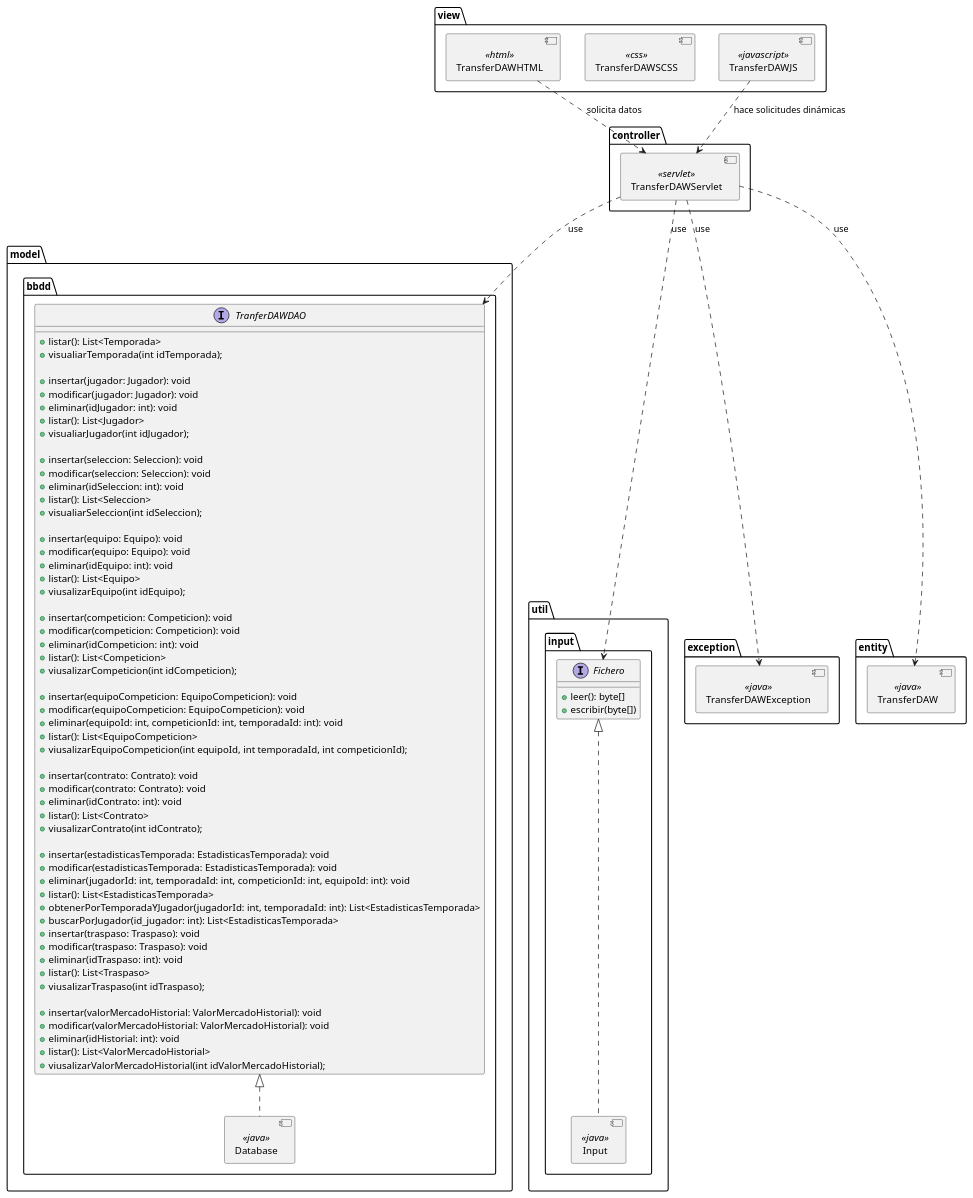
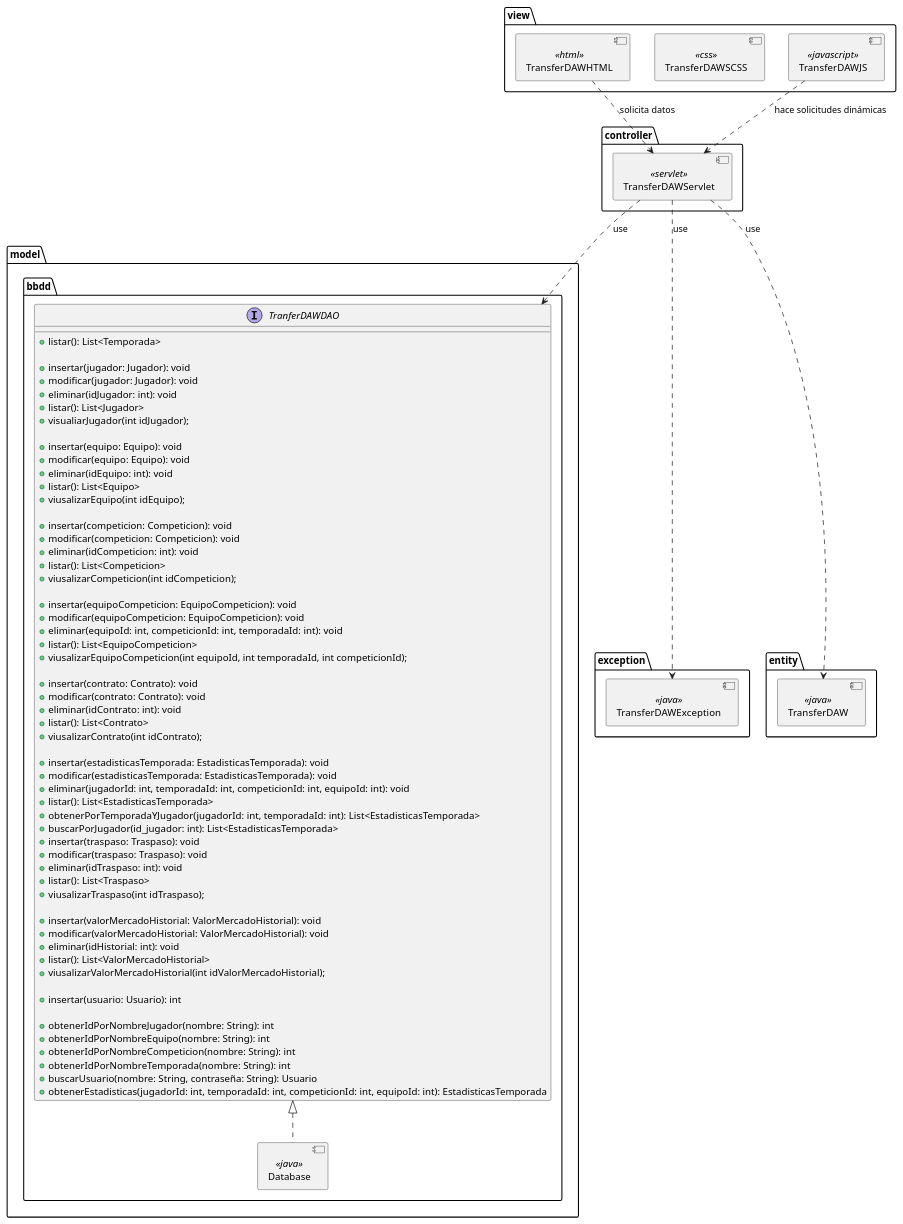
Before and after one commit to IR-Play88/TransferDAW: the diagram in trasnferdaw/design/diagramas/diagrama_de_componentes/diagrama_de_componentes.pu, drawn with PlantUML. The commit also changed 180 other files, not shown here.

```diff
--- a/trasnferdaw/design/diagramas/diagrama_de_componentes/diagrama_de_componentes.pu
+++ b/trasnferdaw/design/diagramas/diagrama_de_componentes/diagrama_de_componentes.pu
@@ -1,121 +1,110 @@
 @startuml Diagrama de componente
 allow_mixing
 top to bottom direction
 package "view" {
     component TransferDAWHTML <<html>>
     component TransferDAWSCSS <<css>>
     component TransferDAWJS <<javascript>>
 }
 
 package "controller" {
     component TransferDAWServlet <<servlet>>
 }
 
 TransferDAWHTML ..> TransferDAWServlet : solicita datos
 TransferDAWJS ..> TransferDAWServlet : hace solicitudes dinámicas
 
 package "model"{
 
     package bbdd{
         component Database <<java>>
 
         interface TranferDAWDAO {
             +listar(): List<Temporada>
-            +visualiarTemporada(int idTemporada);
 
             +insertar(jugador: Jugador): void
             +modificar(jugador: Jugador): void
             +eliminar(idJugador: int): void
             +listar(): List<Jugador>
             +visualiarJugador(int idJugador);
-
-            +insertar(seleccion: Seleccion): void
-            +modificar(seleccion: Seleccion): void
-            +eliminar(idSeleccion: int): void
-            +listar(): List<Seleccion>
-            +visualiarSeleccion(int idSeleccion);
 
             +insertar(equipo: Equipo): void
             +modificar(equipo: Equipo): void
             +eliminar(idEquipo: int): void
             +listar(): List<Equipo>
             +viusalizarEquipo(int idEquipo);
 
             +insertar(competicion: Competicion): void
             +modificar(competicion: Competicion): void
             +eliminar(idCompeticion: int): void
             +listar(): List<Competicion>
             +viusalizarCompeticion(int idCompeticion);
 
             +insertar(equipoCompeticion: EquipoCompeticion): void
             +modificar(equipoCompeticion: EquipoCompeticion): void
             +eliminar(equipoId: int, competicionId: int, temporadaId: int): void
             +listar(): List<EquipoCompeticion>
             +viusalizarEquipoCompeticion(int equipoId, int temporadaId, int competicionId);
 
             +insertar(contrato: Contrato): void
             +modificar(contrato: Contrato): void
             +eliminar(idContrato: int): void
             +listar(): List<Contrato>
             +viusalizarContrato(int idContrato);
 
             +insertar(estadisticasTemporada: EstadisticasTemporada): void
             +modificar(estadisticasTemporada: EstadisticasTemporada): void
             +eliminar(jugadorId: int, temporadaId: int, competicionId: int, equipoId: int): void
             +listar(): List<EstadisticasTemporada>
             +obtenerPorTemporadaYJugador(jugadorId: int, temporadaId: int): List<EstadisticasTemporada>
             +buscarPorJugador(id_jugador: int): List<EstadisticasTemporada>
 
 
             +insertar(traspaso: Traspaso): void
             +modificar(traspaso: Traspaso): void
             +eliminar(idTraspaso: int): void
             +listar(): List<Traspaso>
             +viusalizarTraspaso(int idTraspaso);
 
             +insertar(valorMercadoHistorial: ValorMercadoHistorial): void
             +modificar(valorMercadoHistorial: ValorMercadoHistorial): void
             +eliminar(idHistorial: int): void
             +listar(): List<ValorMercadoHistorial>
             +viusalizarValorMercadoHistorial(int idValorMercadoHistorial);
+
+            +insertar(usuario: Usuario): int 
+
+            +obtenerIdPorNombreJugador(nombre: String): int
+            +obtenerIdPorNombreEquipo(nombre: String): int
+            +obtenerIdPorNombreCompeticion(nombre: String): int
+            +obtenerIdPorNombreTemporada(nombre: String): int
+            +buscarUsuario(nombre: String, contraseña: String): Usuario
+            +obtenerEstadisticas(jugadorId: int, temporadaId: int, competicionId: int, equipoId: int): EstadisticasTemporada
+           
         }
 
 
     }
 
     TranferDAWDAO <|.. Database
 
 }
 
-package util{
-
-    package input{
-        component Input <<java>>
-        interface Fichero {
-            + leer(): byte[]
-            + escribir(byte[])
-        }
-    }
-
-    Fichero <|.. Input
-
-}
 
 
 
 package exception{
     component TransferDAWException <<java>>
 }
 
 package entity{
 
     component TransferDAW <<java>>
 }
 
 TransferDAWServlet ..> TransferDAW : use
-TransferDAWServlet ..> Fichero : use
 TransferDAWServlet ..> TranferDAWDAO : use
 
 
 TransferDAWServlet ..> TransferDAWException : use
 @enduml
```
